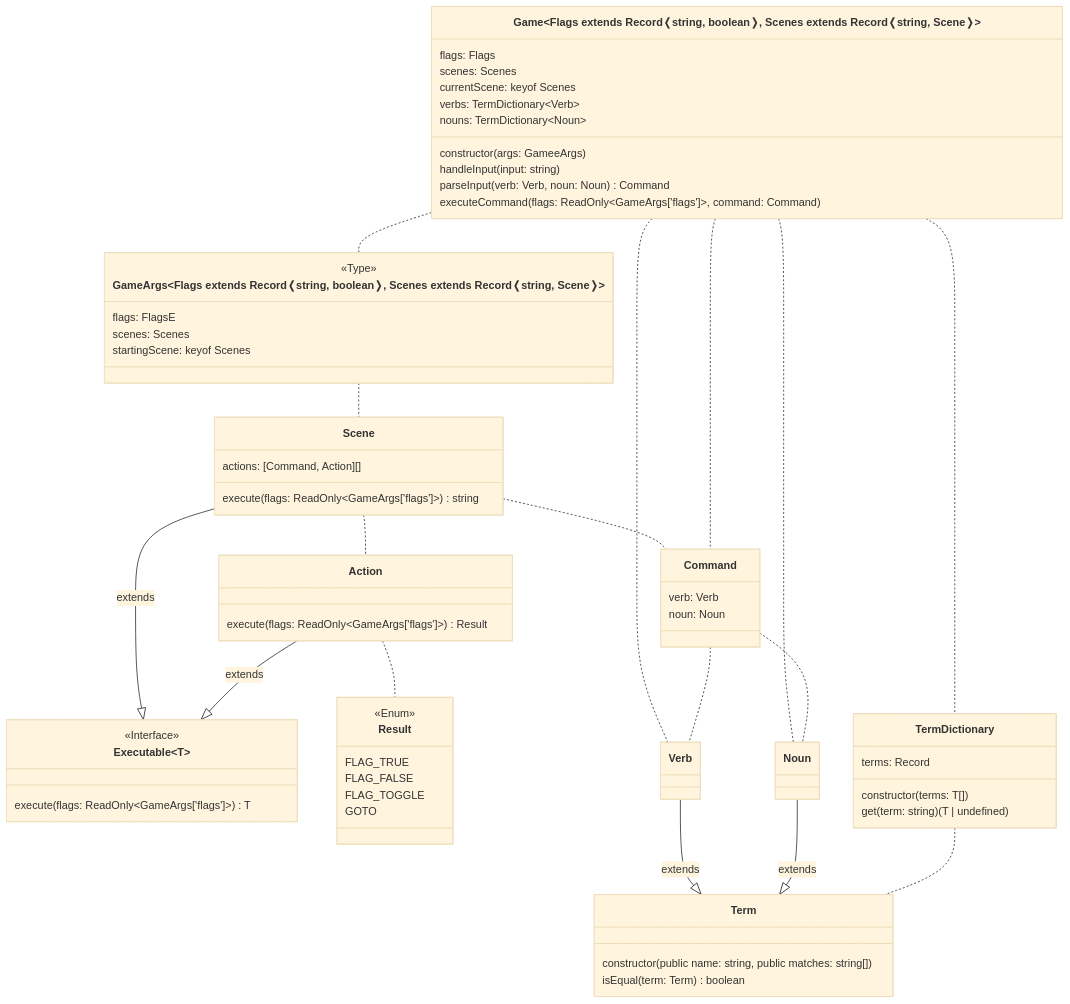
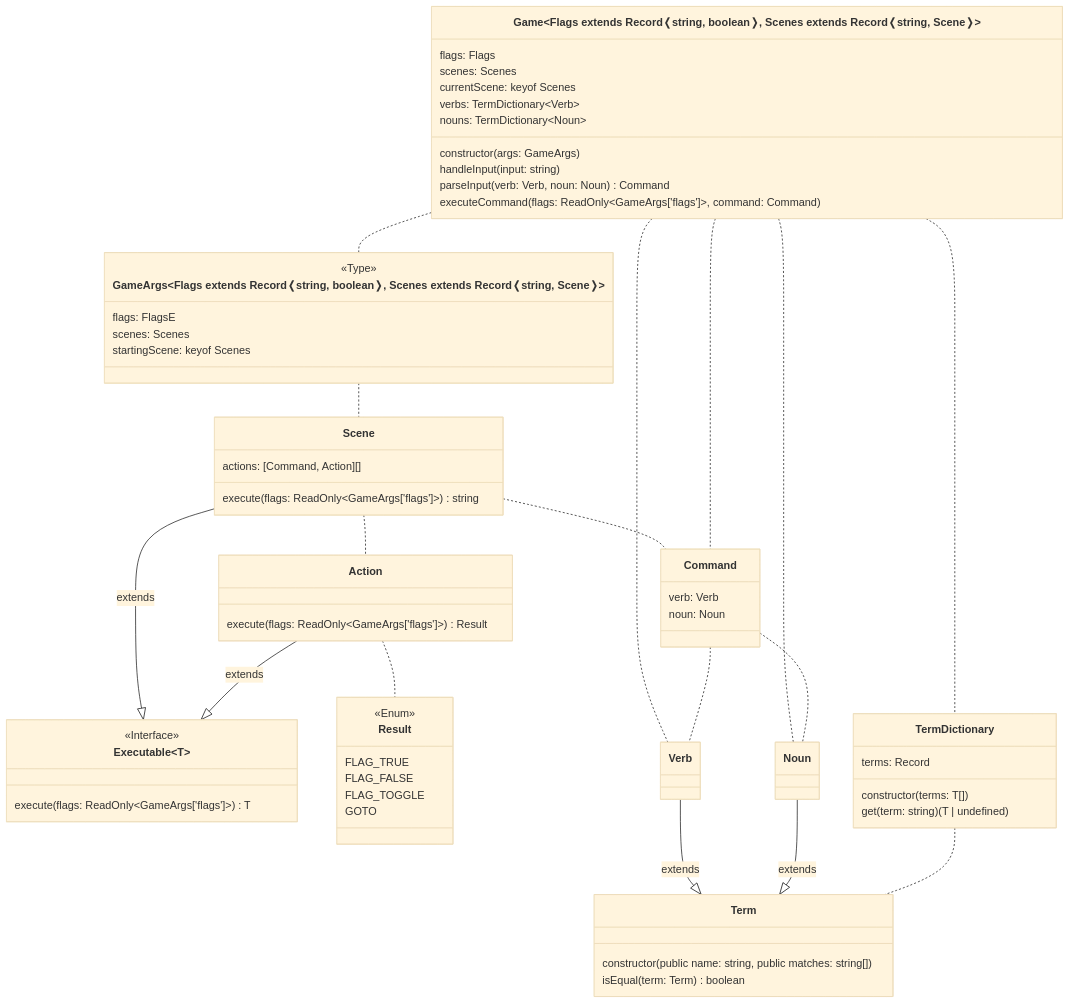
Before and after one commit to flipactual/text-adventure-experiment: the diagram in README.md, drawn with Mermaid (base theme).

````diff
--- a/README.md
+++ b/README.md
@@ -3,67 +3,67 @@
 ```mermaid
 classDiagram
 class GameArgs~Flags extends Record❬string, boolean❭, Scenes extends Record❬string, Scene❭~ {
   <<Type>>
   flags: FlagsE
   scenes: Scenes
   startingScene: keyof Scenes
 }
 GameArgs .. Scene
 class Executable~T~ {
   <<Interface>>
   execute(flags: ReadOnly~GameArgs['flags']~) T
 }
 class Scene {
   actions: [Command, Action][]
   execute(flags: ReadOnly~GameArgs['flags']~) string
 }
 Scene .. Command
 Scene .. Action
 Scene --|> Executable : extends
 class Action {
   execute(flags: ReadOnly~GameArgs['flags']~) Result
 }
 Action .. Result
 Action --|> Executable : extends
 class Result {
   <<Enum>>
   FLAG_TRUE
   FLAG_FALSE
   FLAG_TOGGLE
   GOTO
 }
 class Game~Flags extends Record❬string, boolean❭, Scenes extends Record❬string, Scene❭~ {
   flags: Flags
   scenes: Scenes
   currentScene: keyof Scenes
   verbs: TermDictionary~Verb~
   nouns: TermDictionary~Noun~
-  constructor(args: GameeArgs)
+  constructor(args: GameArgs)
   handleInput(input: string)
   parseInput(verb: Verb, noun: Noun) Command
   executeCommand(flags: ReadOnly~GameArgs['flags']~, command: Command)
 }
 Game .. GameArgs
 Game .. Verb
 Game .. Noun
 Game .. TermDictionary
 Game .. Command
 class Command {
   verb: Verb
   noun: Noun
 }
 Command .. Verb
 Command .. Noun
 class Term {
   constructor(public name: string, public matches: string[])
   isEqual(term: Term) boolean 
 }
 Verb --|> Term : extends
 Noun --|> Term : extends
 class TermDictionary~T extends Term~ {
   terms: Record<string, T>
   constructor(terms: T[])
   get(term: string) (T | undefined)
 }
 TermDictionary .. Term
 ```
````
